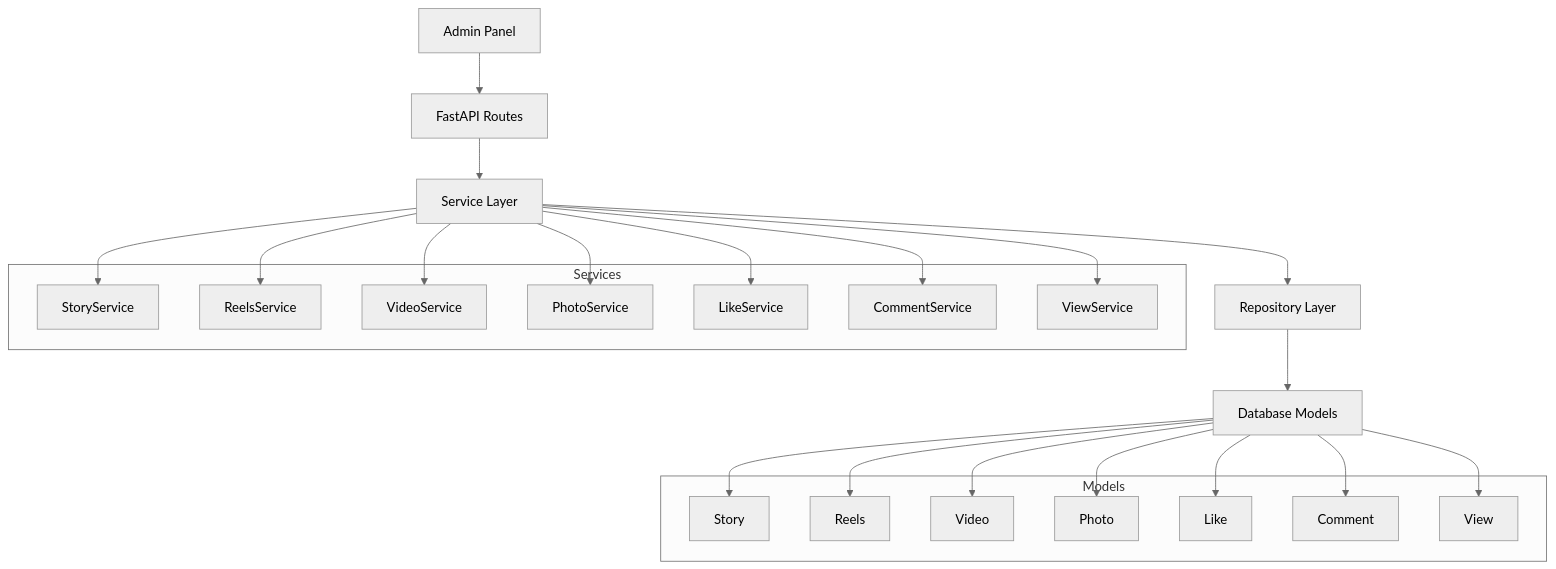
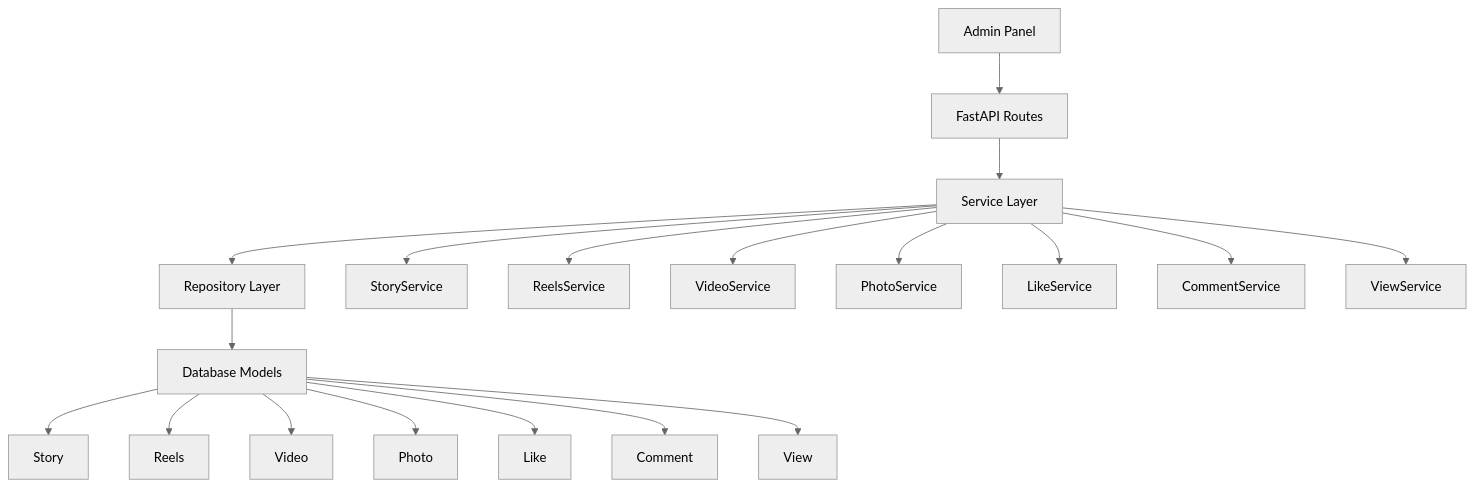
Before and after one commit to Amtilan/cpp: the first of 4 diagrams in README2.md, drawn with Mermaid (neutral theme). The commit also changed other lines of this file, not shown here.

````diff
--- a/README2.md
+++ b/README2.md
@@ -21,43 +21,23 @@
 ```mermaid
 graph TB
     A[Admin Panel] --> B[FastAPI Routes]
     B --> C[Service Layer]
     C --> D[Repository Layer]
     D --> E[Database Models]
     
-    subgraph "Models"
-        E1[Story]
-        E2[Reels]
-        E3[Video]
-        E4[Photo]
-        E5[Like]
-        E6[Comment]
-        E7[View]
-    end
+    E --> E1[Story]
+    E --> E2[Reels]
+    E --> E3[Video]
+    E --> E4[Photo]
+    E --> E5[Like]
+    E --> E6[Comment]
+    E --> E7[View]
     
-    subgraph "Services"
-        C1[StoryService]
-        C2[ReelsService]
-        C3[VideoService]
-        C4[PhotoService]
-        C5[LikeService]
-        C6[CommentService]
-        C7[ViewService]
-    end
-    
-    E --> E1
-    E --> E2
-    E --> E3
-    E --> E4
-    E --> E5
-    E --> E6
-    E --> E7
-    
-    C --> C1
-    C --> C2
-    C --> C3
-    C --> C4
-    C --> C5
-    C --> C6
-    C --> C7
+    C --> C1[StoryService]
+    C --> C2[ReelsService]
+    C --> C3[VideoService]
+    C --> C4[PhotoService]
+    C --> C5[LikeService]
+    C --> C6[CommentService]
+    C --> C7[ViewService]
 ```
````
